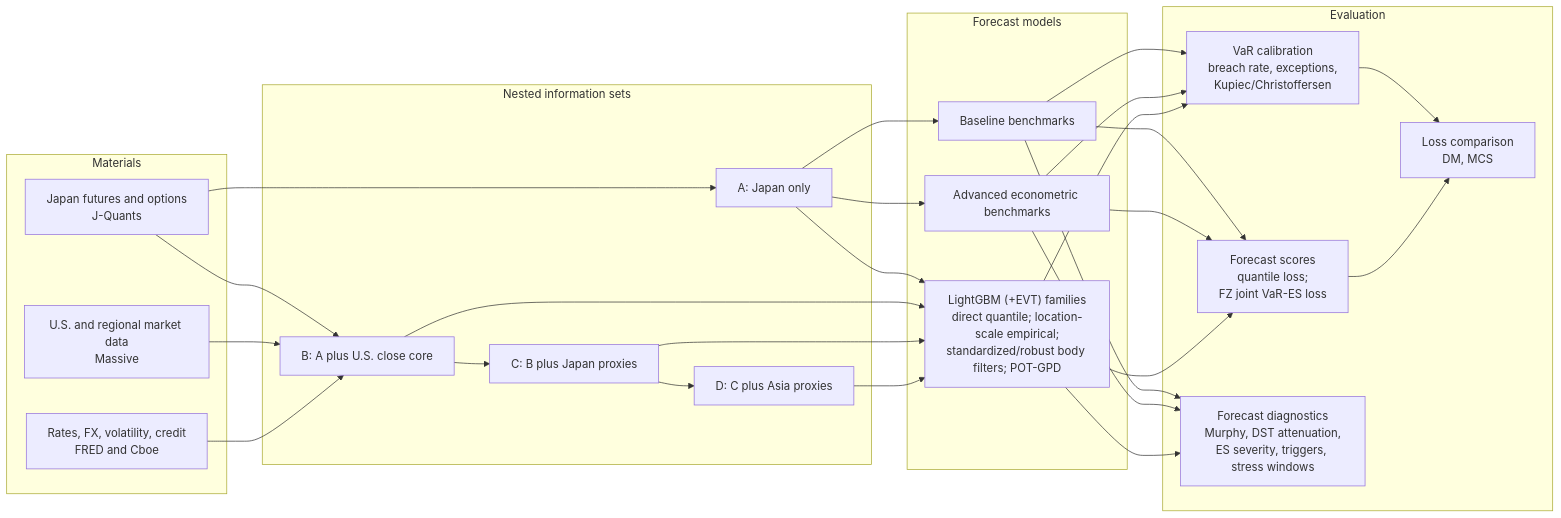
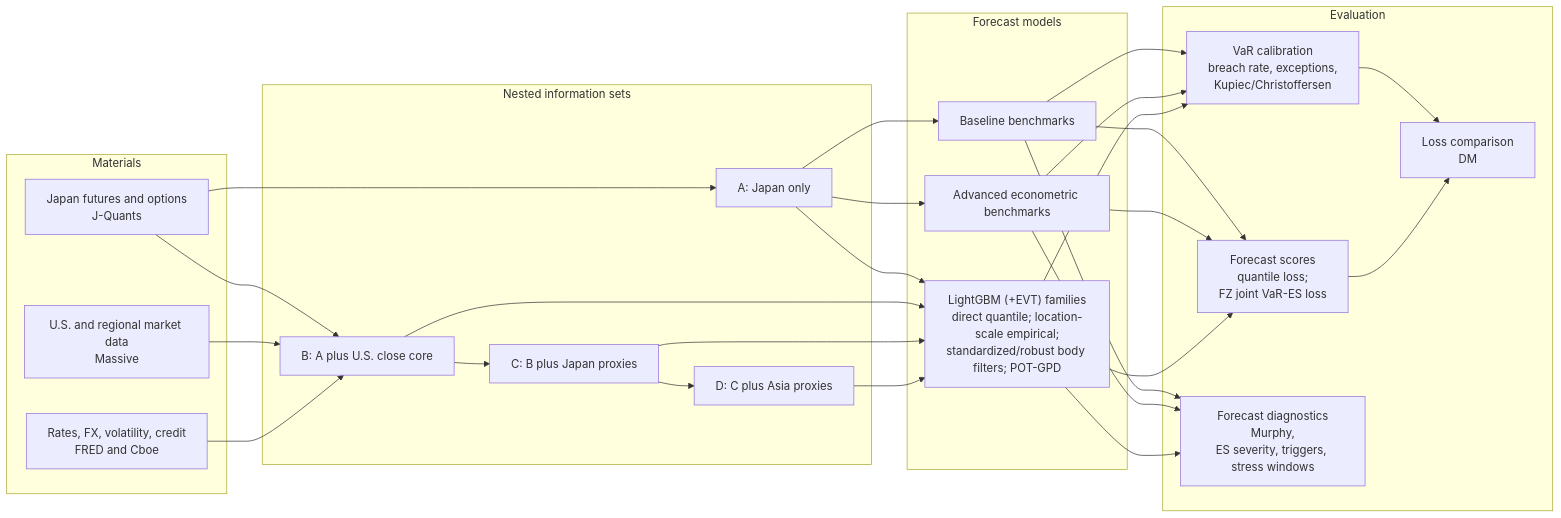
One commit to TY-Cheng/n225-open-gap-tail changed the second of 2 diagrams in docs/paper_plan.md. Above: the diagram before and after it, drawn with Mermaid. The commit also changed other lines of this file and 151 other files, not shown here.

````diff
--- a/docs/paper_plan.md
+++ b/docs/paper_plan.md
@@ -420,52 +411,52 @@
 ```mermaid
 flowchart LR
     subgraph Data["Materials"]
         J["Japan futures and options<br/>J-Quants"]
         U["U.S. and regional market data<br/>Massive"]
         M["Rates, FX, volatility, credit<br/>FRED and Cboe"]
     end
 
     subgraph Features["Nested information sets"]
         A["A: Japan only"]
         B["B: A plus U.S. close core"]
         C["C: B plus Japan proxies"]
         D["D: C plus Asia proxies"]
     end
 
     subgraph Models["Forecast models"]
         BF["Baseline benchmarks"]
         AB["Advanced econometric benchmarks"]
         LGBM["LightGBM (+EVT) families<br/>direct quantile; location-scale empirical;<br/>standardized/robust body filters; POT-GPD"]
     end
 
     subgraph Evaluation["Evaluation"]
         CAL["VaR calibration<br/>breach rate, exceptions,<br/>Kupiec/Christoffersen"]
         LOSS["Forecast scores<br/>quantile loss;<br/>FZ joint VaR-ES loss"]
-        INF["Loss comparison<br/>DM, MCS"]
-        DIAG["Forecast diagnostics<br/>Murphy, DST attenuation,<br/>ES severity, triggers, stress windows"]
+        INF["Loss comparison<br/>DM"]
+        DIAG["Forecast diagnostics<br/>Murphy,<br/>ES severity, triggers, stress windows"]
     end
 
     J --> A
     J --> B
     U --> B
     M --> B
     B --> C
     C --> D
     A --> BF
     A --> AB
     A --> LGBM
     B --> LGBM
     C --> LGBM
     D --> LGBM
     BF --> CAL
     BF --> LOSS
     BF --> DIAG
     AB --> CAL
     AB --> LOSS
     AB --> DIAG
     LGBM --> CAL
     LGBM --> LOSS
     LGBM --> DIAG
     CAL --> INF
     LOSS --> INF
 ```
````
